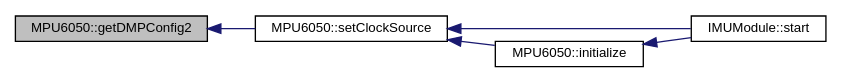
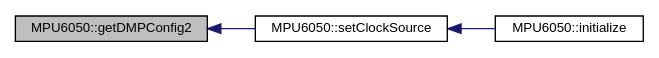
The diagram in class_m_p_u6050_a29594027f88c291708a38fba67c4ecd5_icgraph.dot (RoboJackets/robocup-firmware), drawn with Graphviz before and after one commit. The commit also changed 1172 other files, not shown here.

```diff
--- a/class_m_p_u6050_a29594027f88c291708a38fba67c4ecd5_icgraph.dot
+++ b/class_m_p_u6050_a29594027f88c291708a38fba67c4ecd5_icgraph.dot
@@ -1,14 +1,11 @@
 digraph "MPU6050::getDMPConfig2"
 {
   edge [fontname="Helvetica",fontsize="10",labelfontname="Helvetica",labelfontsize="10"];
   node [fontname="Helvetica",fontsize="10",shape=record];
   rankdir="LR";
-  Node78 [label="MPU6050::getDMPConfig2",height=0.2,width=0.4,color="black", fillcolor="grey75", style="filled", fontcolor="black"];
-  Node78 -> Node79 [dir="back",color="midnightblue",fontsize="10",style="solid",fontname="Helvetica"];
-  Node79 [label="MPU6050::setClockSource",height=0.2,width=0.4,color="black", fillcolor="white", style="filled",URL="$class_m_p_u6050.html#a4c1cd147d038e024bdeaa053c4d77734",tooltip="Set clock source setting. "];
-  Node79 -> Node80 [dir="back",color="midnightblue",fontsize="10",style="solid",fontname="Helvetica"];
-  Node80 [label="IMUModule::start",height=0.2,width=0.4,color="black", fillcolor="white", style="filled",URL="$class_i_m_u_module.html#aba29f7665d8ec8f0eefe802f1c2b741c",tooltip="Code which initializes module. "];
-  Node79 -> Node81 [dir="back",color="midnightblue",fontsize="10",style="solid",fontname="Helvetica"];
-  Node81 [label="MPU6050::initialize",height=0.2,width=0.4,color="black", fillcolor="white", style="filled",URL="$class_m_p_u6050.html#abd8fc6c18adf158011118fbccc7e7054",tooltip="Power on and prepare for general usage. "];
-  Node81 -> Node80 [dir="back",color="midnightblue",fontsize="10",style="solid",fontname="Helvetica"];
+  Node76 [label="MPU6050::getDMPConfig2",height=0.2,width=0.4,color="black", fillcolor="grey75", style="filled", fontcolor="black"];
+  Node76 -> Node77 [dir="back",color="midnightblue",fontsize="10",style="solid",fontname="Helvetica"];
+  Node77 [label="MPU6050::setClockSource",height=0.2,width=0.4,color="black", fillcolor="white", style="filled",URL="$class_m_p_u6050.html#a4c1cd147d038e024bdeaa053c4d77734",tooltip="Set clock source setting. "];
+  Node77 -> Node78 [dir="back",color="midnightblue",fontsize="10",style="solid",fontname="Helvetica"];
+  Node78 [label="MPU6050::initialize",height=0.2,width=0.4,color="black", fillcolor="white", style="filled",URL="$class_m_p_u6050.html#abd8fc6c18adf158011118fbccc7e7054",tooltip="Power on and prepare for general usage. "];
 }
```
